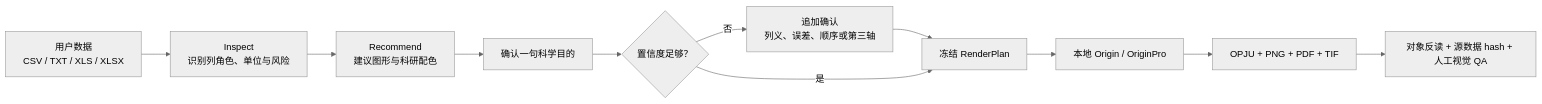
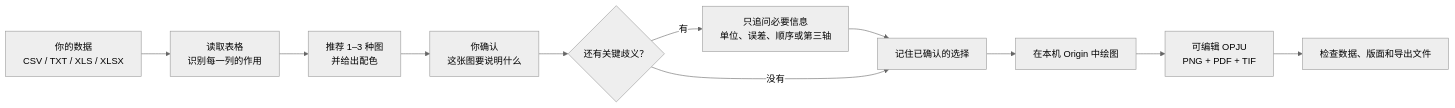
One commit to hang-jin/editaplot changed the diagram in README.md. Above: the diagram before and after it, drawn with Mermaid (neutral theme). The commit also changed other lines of this file and 19 other files, not shown here.

````diff
--- a/README.md
+++ b/README.md
@@ -28,13 +28,13 @@
 ```mermaid
 flowchart LR
-    A["用户数据<br>CSV / TXT / XLS / XLSX"] --> B["Inspect<br>识别列角色、单位与风险"]
-    B --> C["Recommend<br>建议图形与科研配色"]
-    C --> D["确认一句科学目的"]
-    D --> E{"置信度足够？"}
-    E -- 否 --> F["追加确认<br>列义、误差、顺序或第三轴"]
-    F --> G["冻结 RenderPlan"]
-    E -- 是 --> G
-    G --> H["本地 Origin / OriginPro"]
-    H --> I["OPJU + PNG + PDF + TIF"]
-    I --> J["对象反读 + 源数据 hash + 人工视觉 QA"]
+    A["你的数据<br>CSV / TXT / XLS / XLSX"] --> B["读取表格<br>识别每一列的作用"]
+    B --> C["推荐 1–3 种图<br>并给出配色"]
+    C --> D["你确认<br>这张图要说明什么"]
+    D --> E{"还有关键歧义？"}
+    E -- 有 --> F["只追问必要信息<br>单位、误差、顺序或第三轴"]
+    F --> G["记住已确认的选择"]
+    E -- 没有 --> G
+    G --> H["在本机 Origin 中绘图"]
+    H --> I["可编辑 OPJU<br>PNG + PDF + TIF"]
+    I --> J["检查数据、版面和导出文件"]
 ```
````
